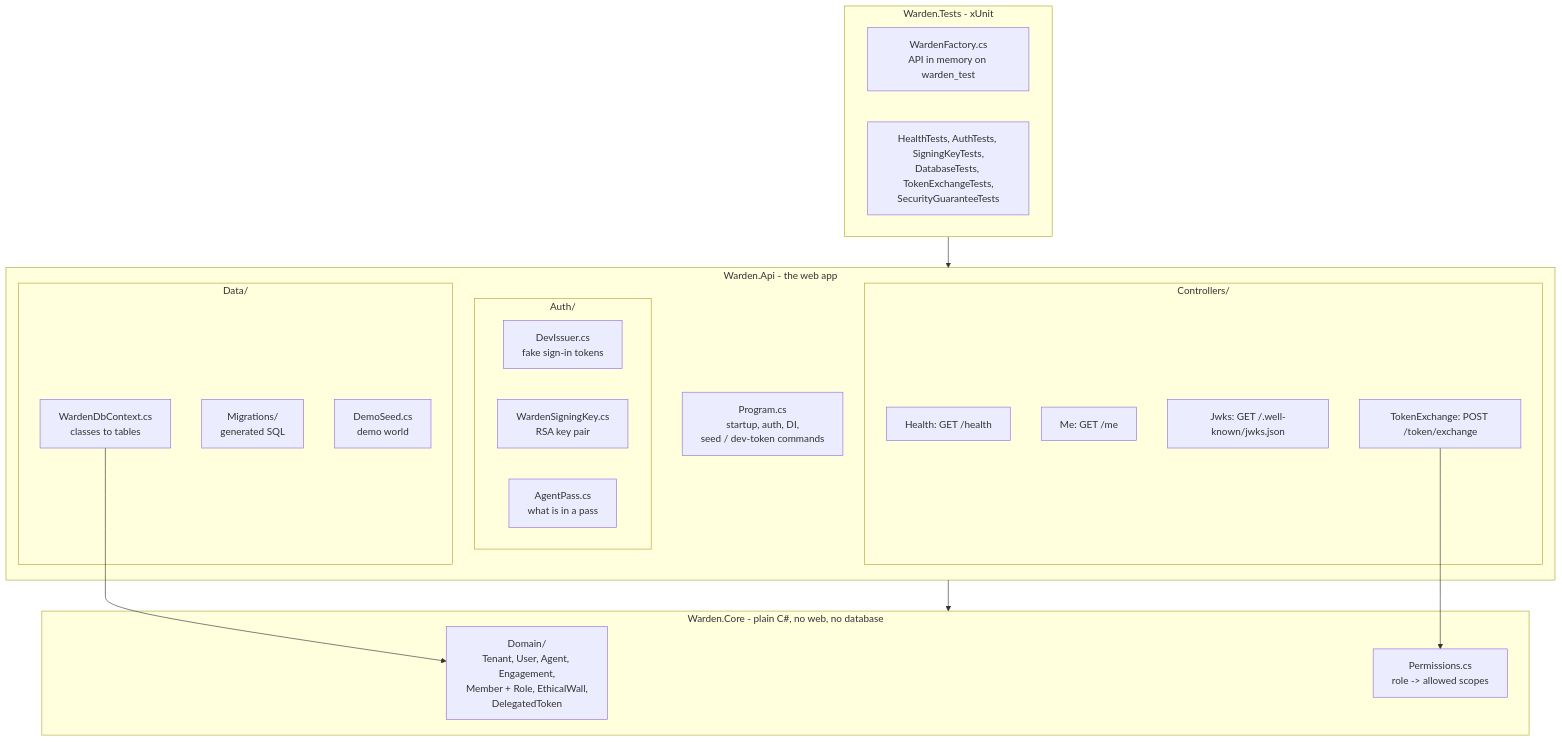
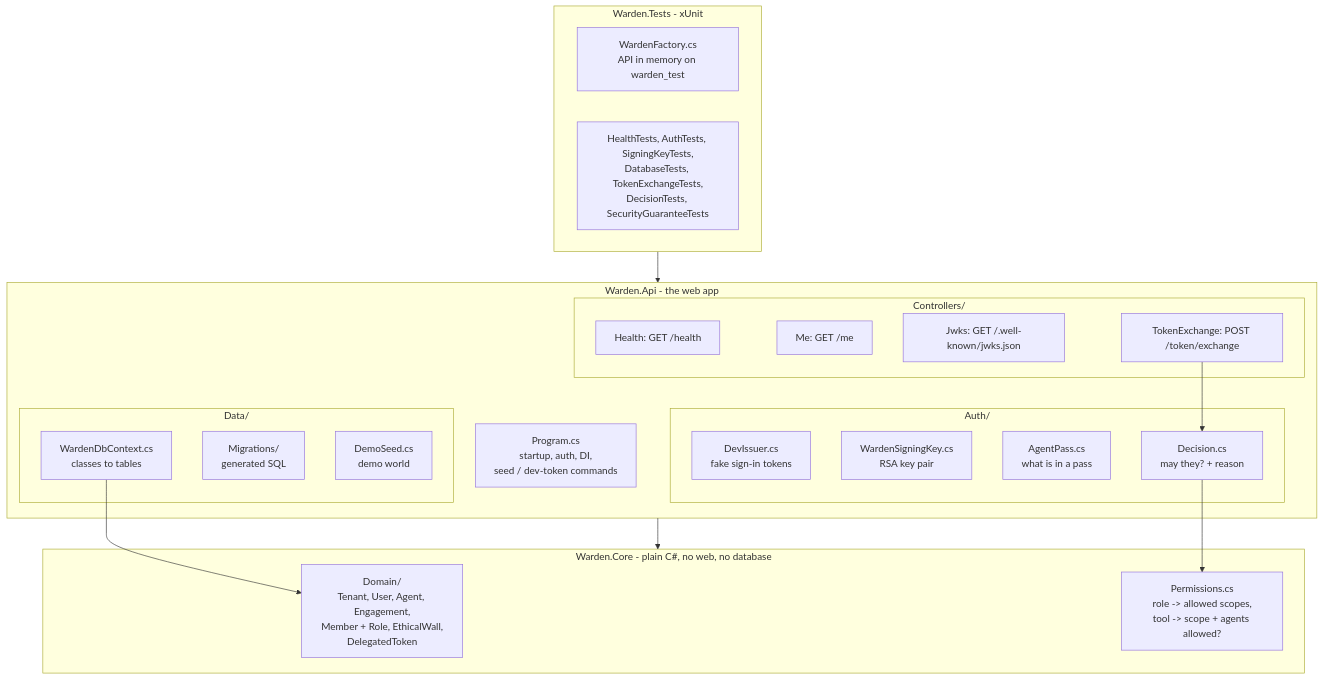
One commit to musishere/Warden-tickmark changed the second of 15 diagrams in warden/docs/how-it-works.md. Above: the diagram before and after it, drawn with Mermaid. The commit also changed other lines of this file and 7 other files, not shown here.

````diff
--- a/warden/docs/how-it-works.md
+++ b/warden/docs/how-it-works.md
@@ -46,34 +46,36 @@
 ```mermaid
 flowchart TB
     subgraph Core[Warden.Core - plain C#, no web, no database]
         Domain[Domain/<br/>Tenant, User, Agent, Engagement,<br/>Member + Role, EthicalWall,<br/>DelegatedToken]
-        Perm[Permissions.cs<br/>role -> allowed scopes]
+        Perm[Permissions.cs<br/>role -> allowed scopes,<br/>tool -> scope + agents allowed?]
     end
     subgraph Api[Warden.Api - the web app]
         Prog[Program.cs<br/>startup, auth, DI,<br/>seed / dev-token commands]
         subgraph Data[Data/]
             Ctx[WardenDbContext.cs<br/>classes to tables]
             Mig[Migrations/<br/>generated SQL]
             Seed[DemoSeed.cs<br/>demo world]
         end
         subgraph AuthF[Auth/]
             Dev[DevIssuer.cs<br/>fake sign-in tokens]
             Key[WardenSigningKey.cs<br/>RSA key pair]
             Pass[AgentPass.cs<br/>what is in a pass]
+            Dec[Decision.cs<br/>may they? + reason]
         end
         subgraph Ctrl[Controllers/]
             H[Health: GET /health]
             Me[Me: GET /me]
             J[Jwks: GET /.well-known/jwks.json]
             T[TokenExchange: POST /token/exchange]
         end
     end
     subgraph Tests[Warden.Tests - xUnit]
         F[WardenFactory.cs<br/>API in memory on warden_test]
-        TT[HealthTests, AuthTests, SigningKeyTests,<br/>DatabaseTests, TokenExchangeTests,<br/>SecurityGuaranteeTests]
+        TT[HealthTests, AuthTests, SigningKeyTests,<br/>DatabaseTests, TokenExchangeTests,<br/>DecisionTests, SecurityGuaranteeTests]
     end
     Api --> Core
     Tests --> Api
     Ctx --> Domain
-    T --> Perm
+    T --> Dec
+    Dec --> Perm
 ```
````
